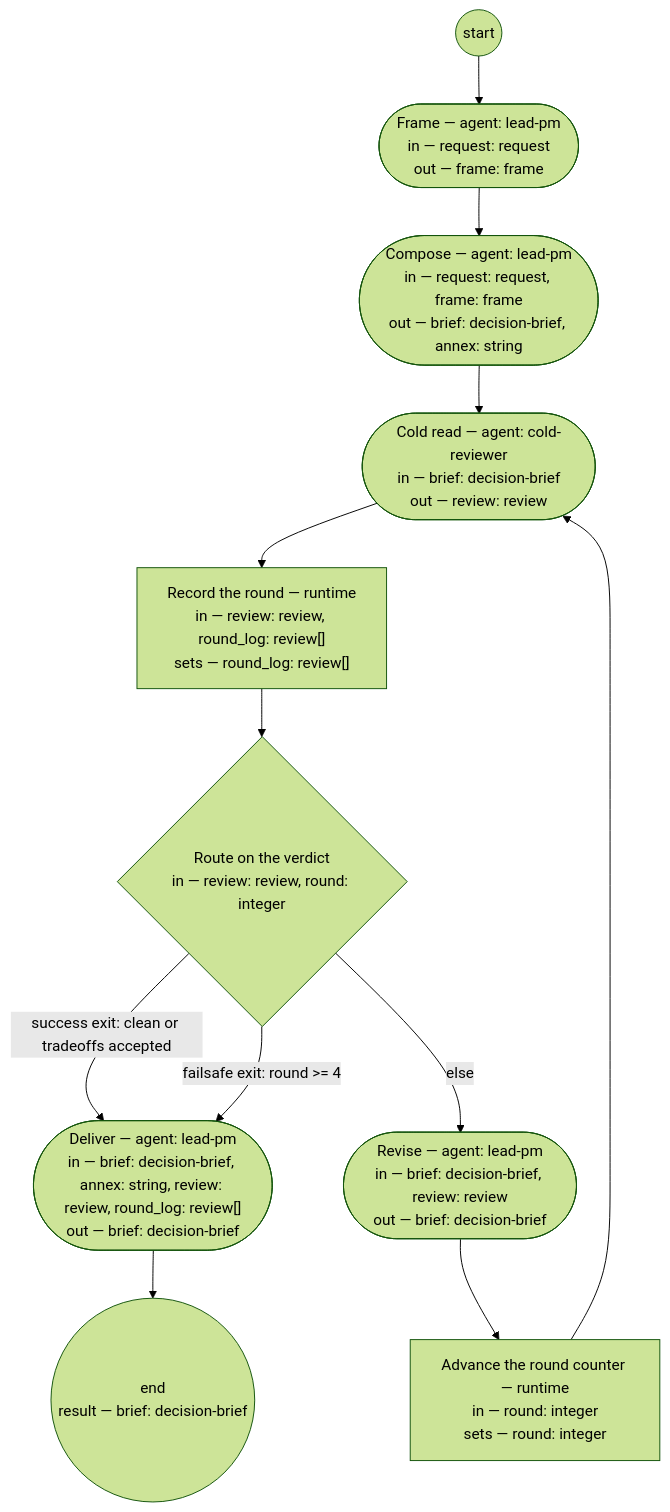
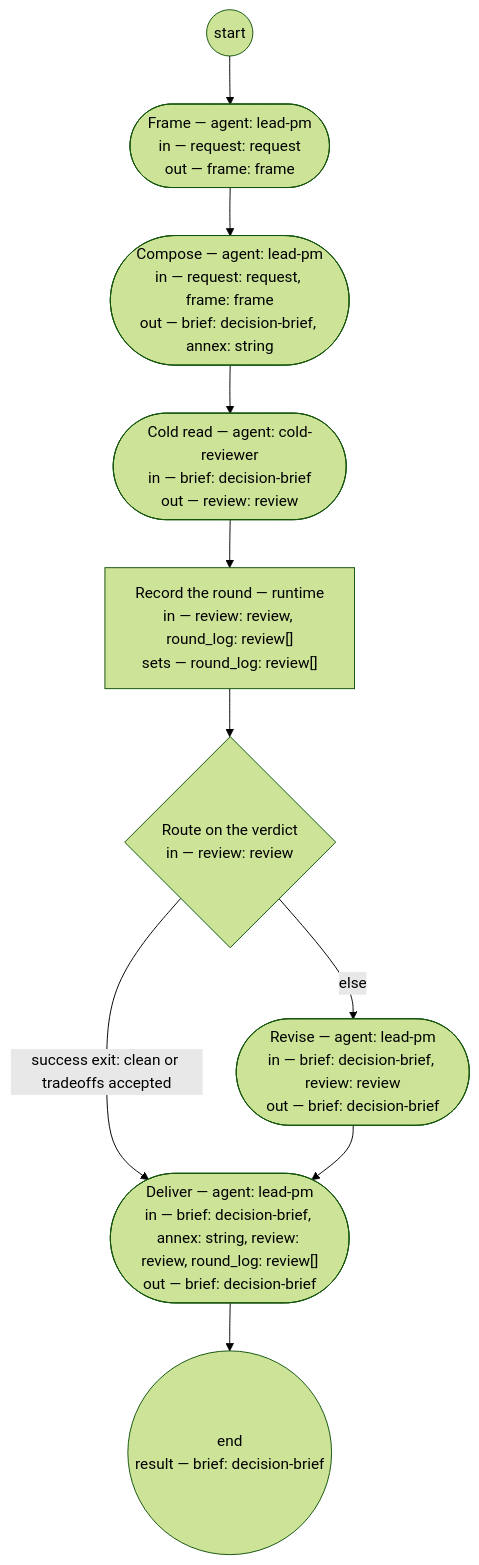
One commit to dstengle/shopsystem-product changed the diagram in .claude/skills/stakeholder-presentation/SKILL.md. Above: the diagram before and after it, drawn with Mermaid (forest theme). The commit also changed other lines of this file and 12 other files, not shown here.

````diff
--- a/.claude/skills/stakeholder-presentation/SKILL.md
+++ b/.claude/skills/stakeholder-presentation/SKILL.md
@@ -29,23 +29,20 @@
 ```mermaid
 flowchart TD
   frame(["Frame — agent: lead-pm<br/>in — request: request<br/>out — frame: frame"])
   compose(["Compose — agent: lead-pm<br/>in — request: request, frame: frame<br/>out — brief: decision-brief, annex: string"])
   cold_read(["Cold read — agent: cold-reviewer<br/>in — brief: decision-brief<br/>out — review: review"])
   log_round["Record the round — runtime<br/>in — review: review, round_log: review[]<br/>sets — round_log: review[]"]
-  route_verdict{"Route on the verdict<br/>in — review: review, round: integer"}
+  route_verdict{"Route on the verdict<br/>in — review: review"}
   revise(["Revise — agent: lead-pm<br/>in — brief: decision-brief, review: review<br/>out — brief: decision-brief"])
-  advance_round["Advance the round counter — runtime<br/>in — round: integer<br/>sets — round: integer"]
   deliver(["Deliver — agent: lead-pm<br/>in — brief: decision-brief, annex: string, review: review, round_log: review[]<br/>out — brief: decision-brief"])
   __end(("end<br/>result — brief: decision-brief"))
   __start(("start")) --> frame
   frame --> compose
   compose --> cold_read
   cold_read --> log_round
   log_round --> route_verdict
   route_verdict -->|success exit: clean or tradeoffs accepted| deliver
-  route_verdict -->|failsafe exit: round >= 4| deliver
   route_verdict -->|else| revise
-  revise --> advance_round
-  advance_round --> cold_read
+  revise --> deliver
   deliver --> __end
 ```
````
